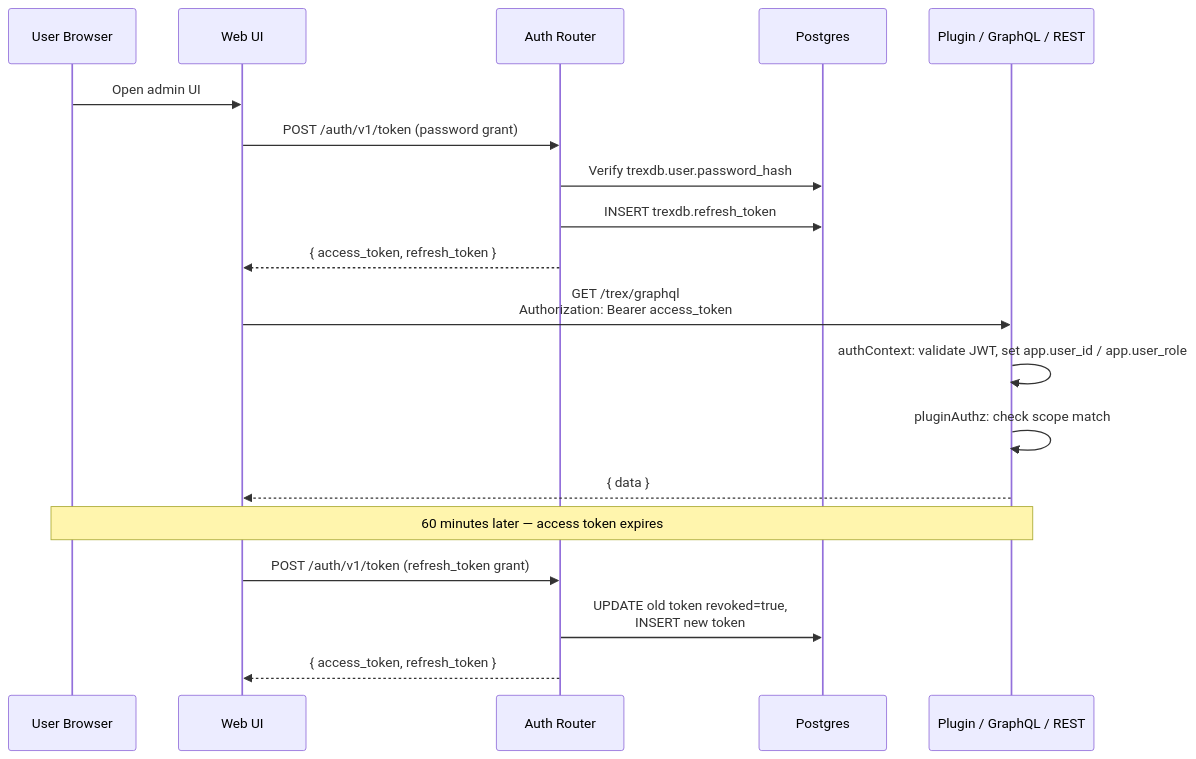
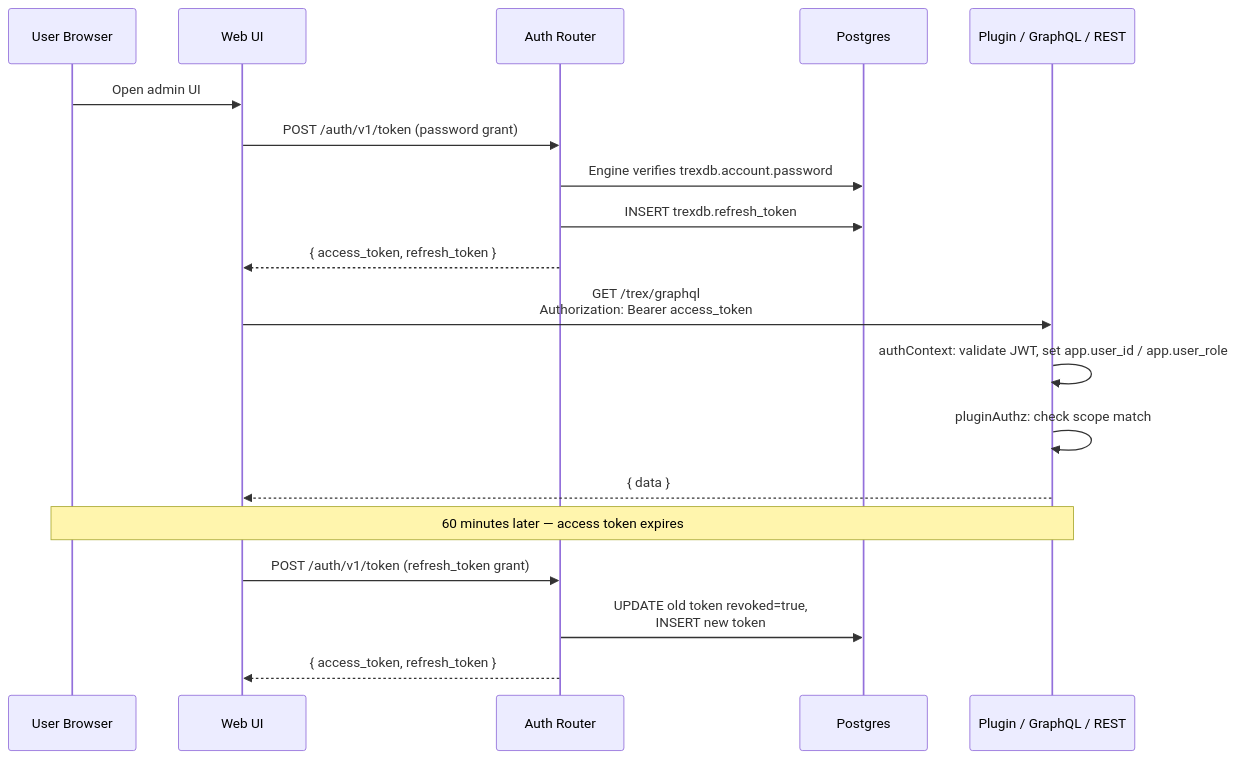
One commit to OHDSI/trex changed the third of 3 diagrams in plugins/docs/docs/concepts/auth-model.md. Above: the diagram before and after it, drawn with Mermaid. The commit also changed other lines of this file and 99 other files, not shown here.

````diff
--- a/plugins/docs/docs/concepts/auth-model.md
+++ b/plugins/docs/docs/concepts/auth-model.md
@@ -159,23 +500,23 @@
 ```mermaid
 sequenceDiagram
     participant U as User Browser
     participant W as Web UI
     participant A as Auth Router
     participant DB as Postgres
     participant API as Plugin / GraphQL / REST
 
     U->>W: Open admin UI
     W->>A: POST /auth/v1/token (password grant)
-    A->>DB: Verify trexdb.user.password_hash
+    A->>DB: Engine verifies trexdb.account.password
     A->>DB: INSERT trexdb.refresh_token
     A-->>W: { access_token, refresh_token }
     W->>API: GET /trex/graphql<br/>Authorization: Bearer access_token
     API->>API: authContext: validate JWT, set app.user_id / app.user_role
     API->>API: pluginAuthz: check scope match
     API-->>W: { data }
 
     Note over U,API: 60 minutes later — access token expires
     W->>A: POST /auth/v1/token (refresh_token grant)
     A->>DB: UPDATE old token revoked=true,<br/>INSERT new token
     A-->>W: { access_token, refresh_token }
 ```
````
